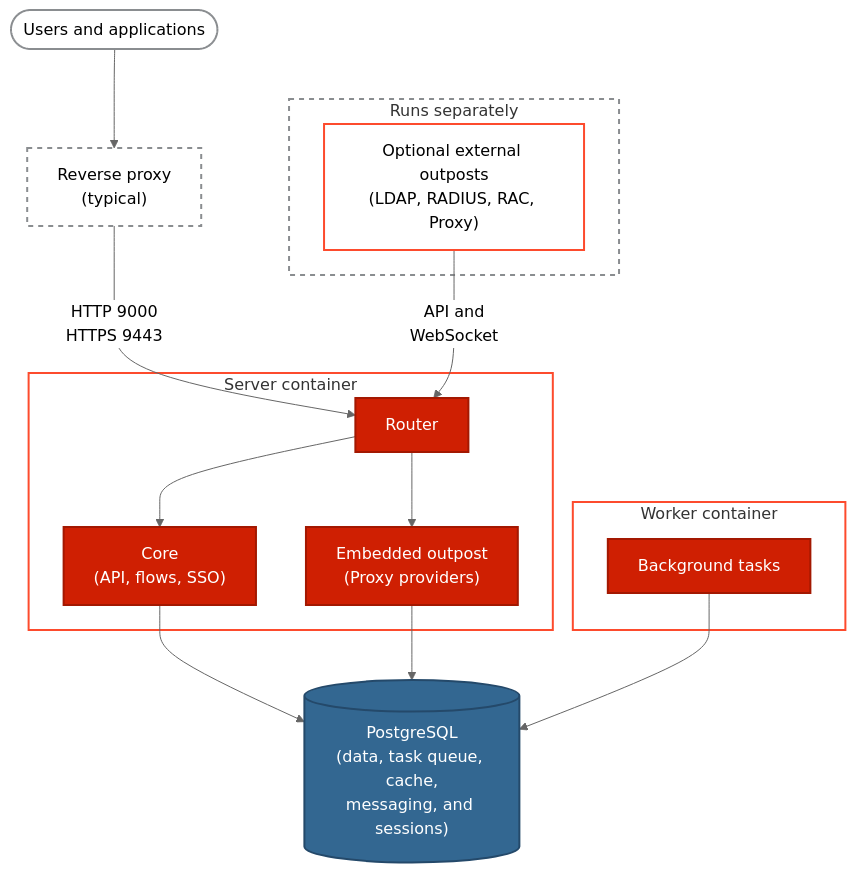
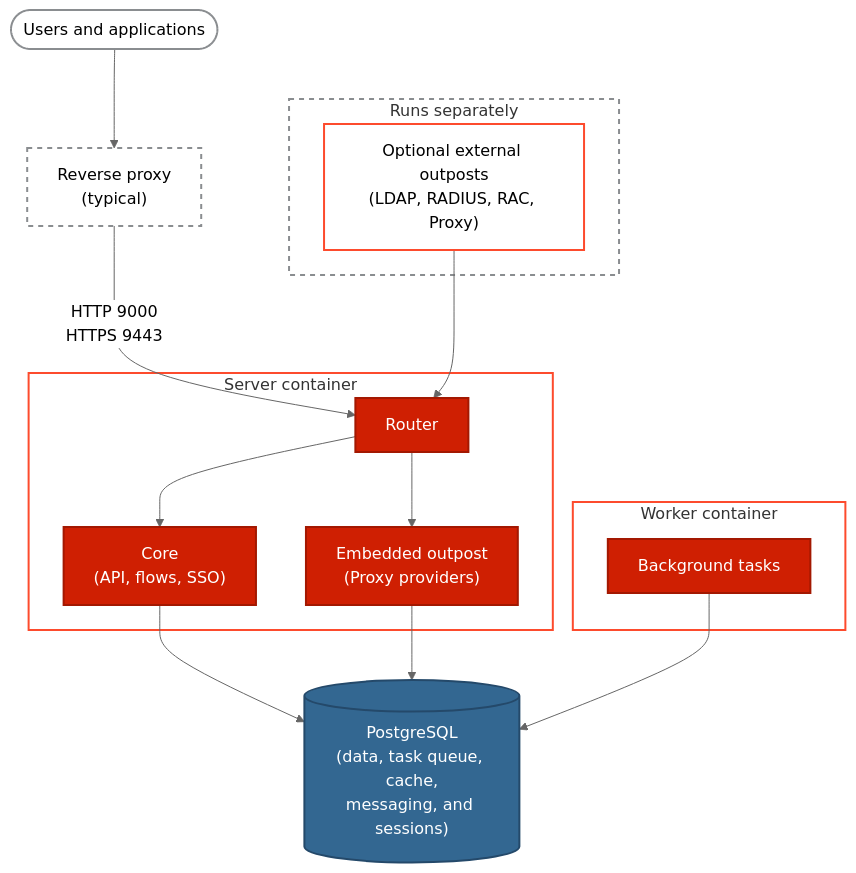
One commit to goauthentik/authentik changed the diagram in website/docs/core/architecture.mdx. Above: the diagram before and after it, drawn with Mermaid (neutral theme).

````diff
--- a/website/docs/core/architecture.mdx
+++ b/website/docs/core/architecture.mdx
@@ -12,47 +12,47 @@
 ```mermaid
 flowchart TD
     users(["Users and applications"])
     rp["Reverse proxy<br/>(typical)"]
 
     subgraph ext_group ["Runs separately"]
         ext_outposts["Optional external outposts<br/>(LDAP, RADIUS, RAC, Proxy)"]
     end
 
     subgraph server_container ["Server container"]
         router["Router"]
         core["Core<br/>(API, flows, SSO)"]
         embedded["Embedded outpost<br/>(Proxy providers)"]
     end
 
     subgraph worker_container ["Worker container"]
         worker["Background tasks"]
     end
 
     db[("PostgreSQL<br/>(data, task queue, cache,<br/>messaging, and sessions)")]
 
     users --> rp -->|"HTTP 9000<br/>HTTPS 9443"| router
-    ext_outposts -->|"API and<br/>WebSocket"| router
+    ext_outposts --> router
     router --> core
     router --> embedded
     core --> db
     embedded --> db
     worker --> db
 
     %% Invisible link: aligns the worker with Core without implying a connection.
     router ~~~ worker
 
     classDef external fill:transparent,stroke:#8a8d90,stroke-width:2px
     classDef container fill:transparent,stroke:#fd4b2d,stroke-width:2px
     classDef authentik fill:#cf1f02,stroke:#a31801,stroke-width:2px,color:#ffffff
     classDef database fill:#336791,stroke:#24496a,stroke-width:2px,color:#ffffff
 
     class users,rp external
     class ext_outposts container
     class router,core,embedded,worker authentik
     class db database
 
     style rp stroke-dasharray:5 5
     style ext_group fill:transparent,stroke:#8a8d90,stroke-width:2px,stroke-dasharray:5 5
     style server_container fill:transparent,stroke:#fd4b2d,stroke-width:2px
     style worker_container fill:transparent,stroke:#fd4b2d,stroke-width:2px
 ```
````
